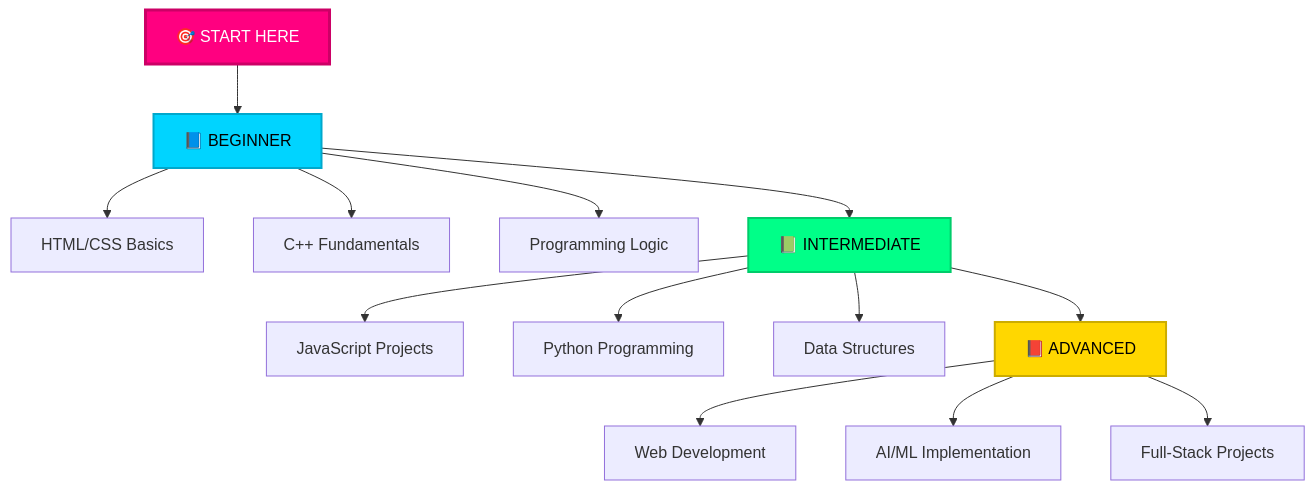
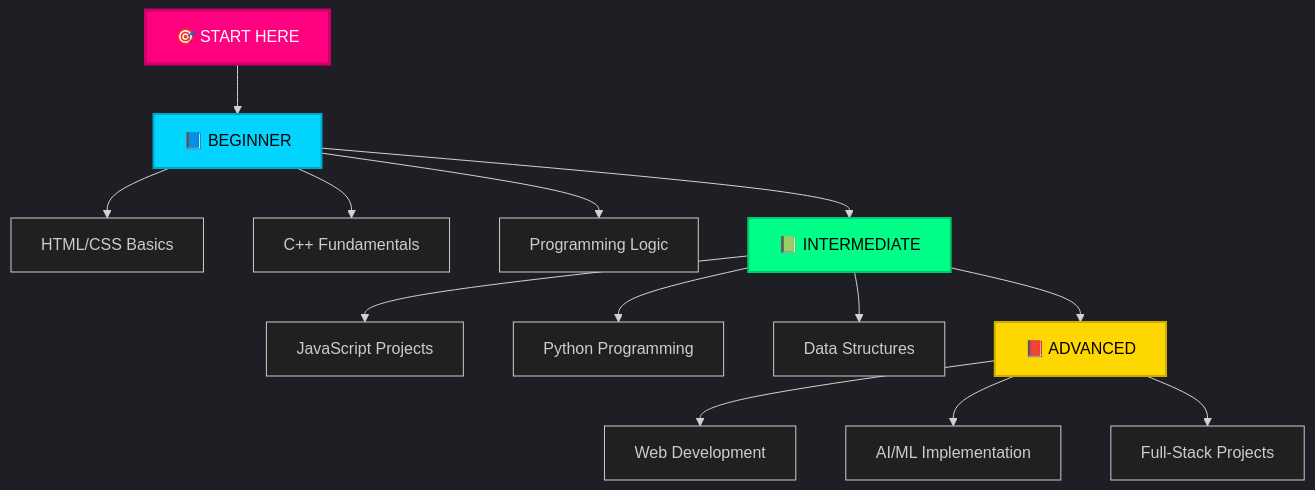
The third of 3 diagrams in README.md (dojicreates/dojicreates), drawn with Mermaid before and after one commit. The commit also changed other lines of this file, not shown here.

````diff
--- a/README.md
+++ b/README.md
@@ -384,22 +448,23 @@
 ```mermaid
+%%{init: {'theme':'dark', 'themeVariables': {'fontSize': '16px'}}}%%
 graph TD
-    START[🎯 START HERE] --> A[📘 BEGINNER]
+    START["🎯 START HERE"] --> A["📘 BEGINNER"]
     A --> A1[HTML/CSS Basics]
     A --> A2[C++ Fundamentals]
     A --> A3[Programming Logic]
     
-    A --> B[📗 INTERMEDIATE]
+    A --> B["📗 INTERMEDIATE"]
     B --> B1[JavaScript Projects]
     B --> B2[Python Programming]
     B --> B3[Data Structures]
     
-    B --> C[📕 ADVANCED]
+    B --> C["📕 ADVANCED"]
     C --> C1[Web Development]
     C --> C2[AI/ML Implementation]
     C --> C3[Full-Stack Projects]
     
     style START fill:#ff0080,stroke:#cc0066,stroke-width:3px,color:#fff
     style A fill:#00d4ff,stroke:#00a8cc,stroke-width:2px,color:#000
     style B fill:#00ff88,stroke:#00cc6a,stroke-width:2px,color:#000
     style C fill:#ffd700,stroke:#ccac00,stroke-width:2px,color:#000
 ```
````
